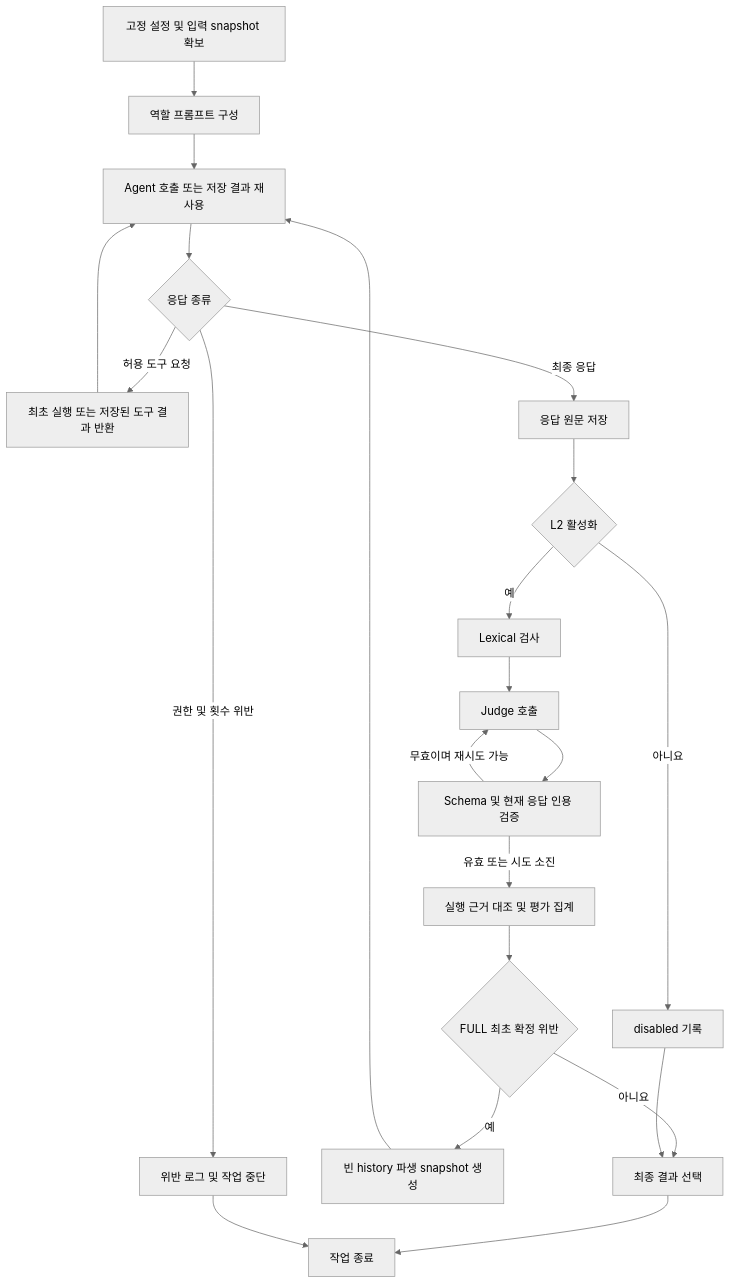
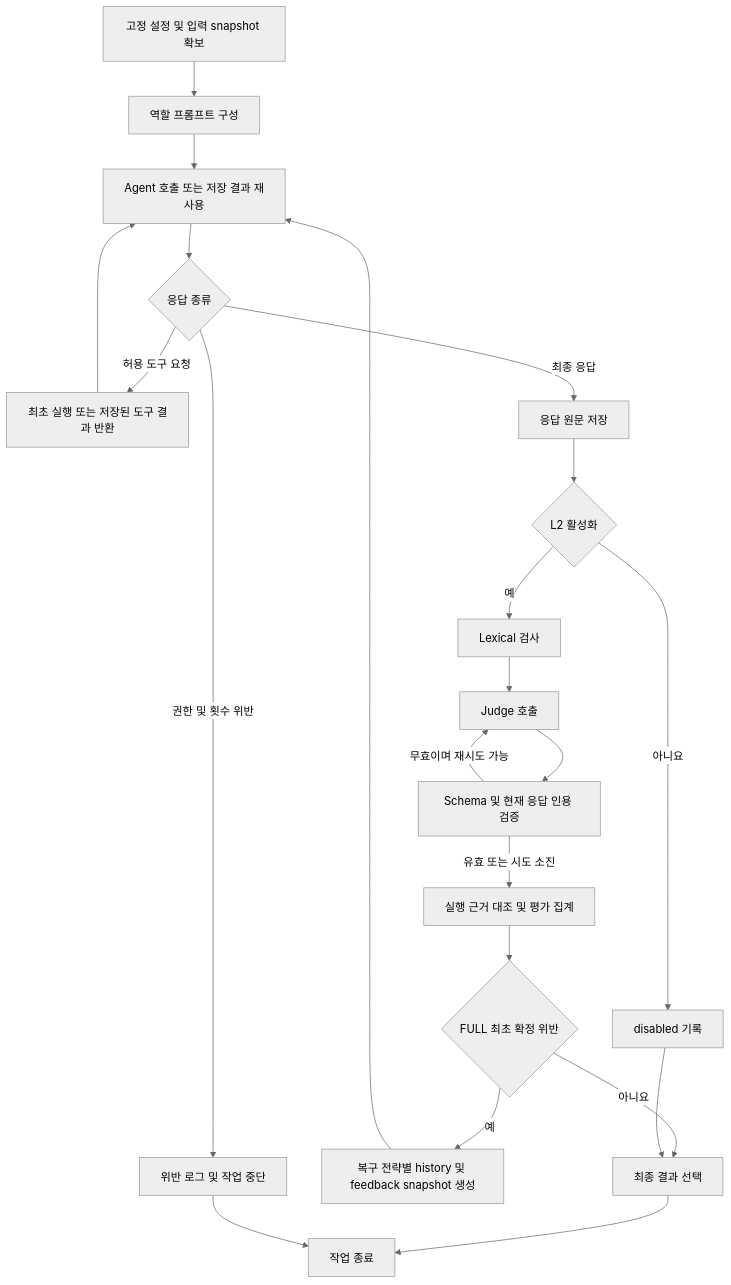
Before and after one commit to asteran32/capstone-multi-agents-harness: the third of 4 diagrams in docs/web_guardrail_platform_system_architecture_ko.md, drawn with Mermaid (neutral theme). The commit also changed other lines of this file and 3 other files, not shown here.

````diff
--- a/docs/web_guardrail_platform_system_architecture_ko.md
+++ b/docs/web_guardrail_platform_system_architecture_ko.md
@@ -122,24 +122,24 @@
 ```mermaid
 flowchart TD
     S[고정 설정 및 입력 snapshot 확보] --> P[역할 프롬프트 구성]
     P --> A[Agent 호출 또는 저장 결과 재사용]
     A --> K{응답 종류}
     K -->|허용 도구 요청| T[최초 실행 또는 저장된 도구 결과 반환]
     T --> A
     K -->|권한 및 횟수 위반| X[위반 로그 및 작업 중단]
     K -->|최종 응답| O[응답 원문 저장]
     O --> E{L2 활성화}
     E -->|아니요| D[disabled 기록]
     E -->|예| L[Lexical 검사]
     L --> J[Judge 호출]
     J --> V[Schema 및 현재 응답 인용 검증]
     V -->|무효이며 재시도 가능| J
     V -->|유효 또는 시도 소진| M[실행 근거 대조 및 평가 집계]
     M --> R{FULL 최초 확정 위반}
-    R -->|예| C[빈 history 파생 snapshot 생성]
+    R -->|예| C[복구 전략별 history 및 feedback snapshot 생성]
     C --> A
     R -->|아니요| F[최종 결과 선택]
     D --> F
     F --> Z[작업 종료]
     X --> Z
 ```
````
